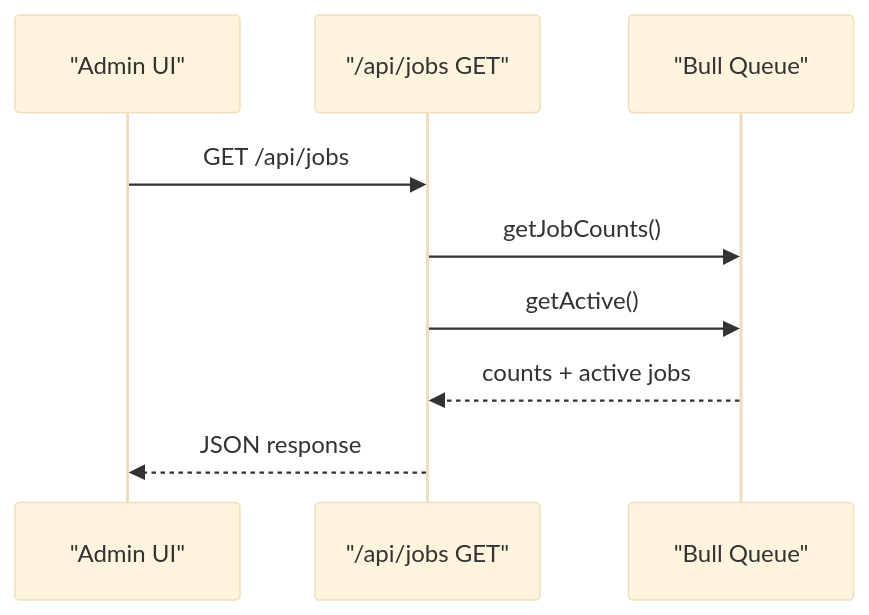
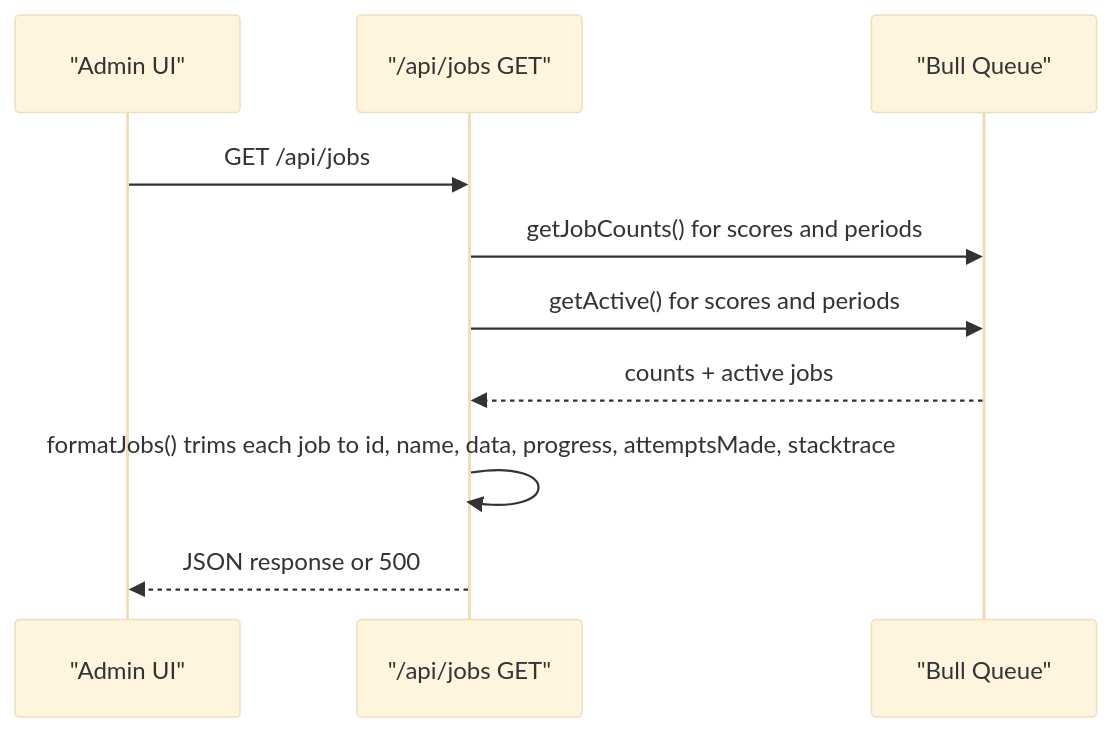
One commit to Dezzpil/meingym changed the seventh of 8 diagrams in .qoder/repowiki/en/content/Architecture Overview/Architecture Overview.md. Above: the diagram before and after it, drawn with Mermaid (base theme). The commit also changed other lines of this file and 12 other files, not shown here.

````diff
--- a/.qoder/repowiki/en/content/Architecture Overview/Architecture Overview.md
+++ b/.qoder/repowiki/en/content/Architecture Overview/Architecture Overview.md
@@ -274,11 +360,12 @@
 ```mermaid
 sequenceDiagram
 participant Admin as "Admin UI"
 participant API as "/api/jobs GET"
 participant Queue as "Bull Queue"
 Admin->>API : GET /api/jobs
-API->>Queue : getJobCounts()
-API->>Queue : getActive()
+API->>Queue : getJobCounts() for scores and periods
+API->>Queue : getActive() for scores and periods
 Queue-->>API : counts + active jobs
-API-->>Admin : JSON response
+API->>API : formatJobs() trims each job to id, name, data, progress, attemptsMade, stacktrace
+API-->>Admin : JSON response or 500
 ```
````
